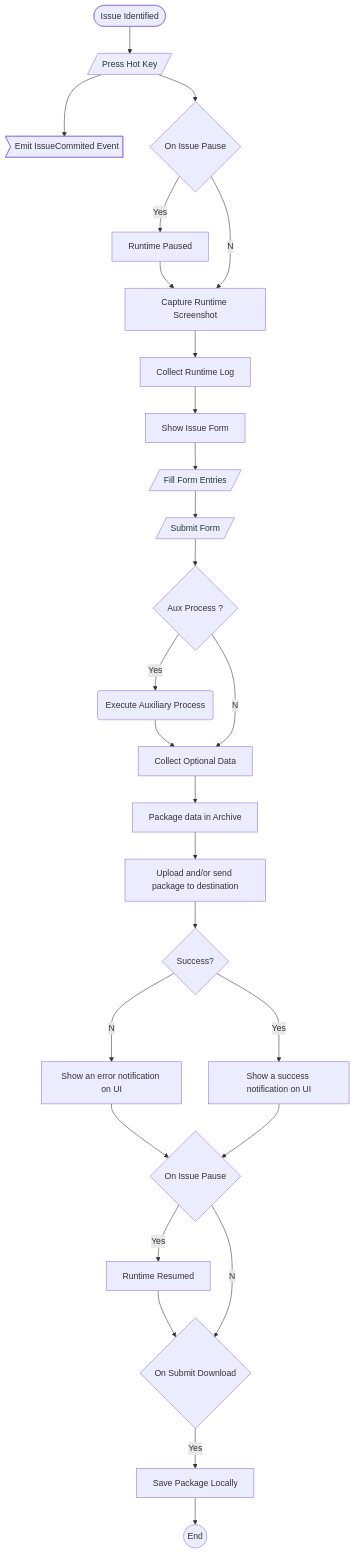
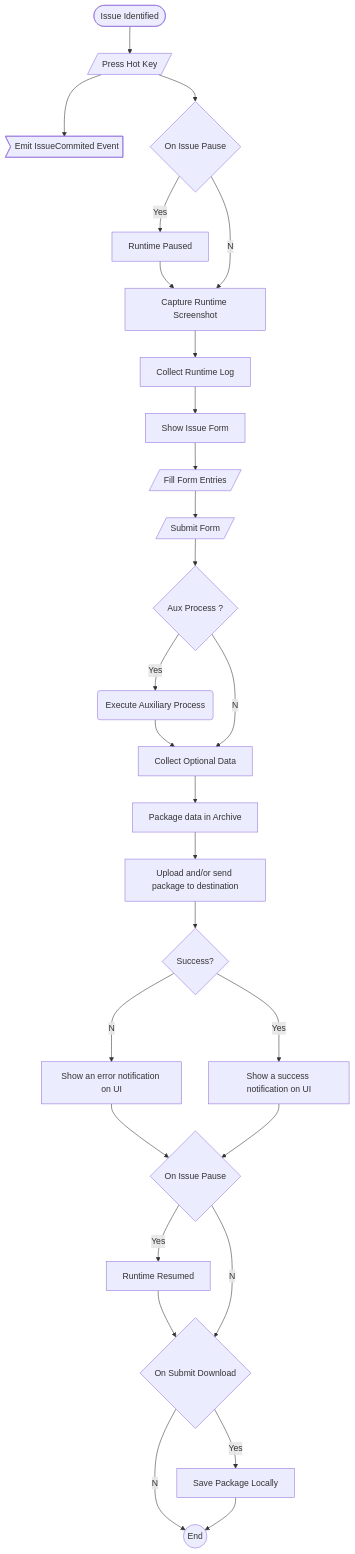
One commit to MaslasBros/betamax changed the fourth of 4 diagrams in README.md. Above: the diagram before and after it, drawn with Mermaid.

````diff
--- a/README.md
+++ b/README.md
@@ -103,43 +103,44 @@
 ```mermaid
 flowchart TD
     strt([Issue Identified])
     act1[/Press Hot Key/]
     evnt2[Runtime Paused]
     evnt3[Capture Runtime Screenshot]
     evnt4[Collect Runtime Log]
     evnt5[Show Issue Form]
     act2[/Fill Form Entries/]
     act3[/Submit Form/]
     evnt6[Package data in Archive]
     evnt7[Upload and/or send package to destination]
     evnt8[Runtime Resumed]
     evnt9[Show a success notification on UI]
     evnt10>Emit IssueCommited Event]
     evnt11(Execute Auxiliary Process)
     evnt12[Collect Optional Data]
     evnt13[Save Package Locally]
     evnt14[Show an error notification on UI]
     nd((End))
     if1{On Issue Pause}
     if2{On Issue Pause}
     if3{Aux Process ?}
     if4{On Submit Download}
     if5{Success?}
 
     strt --> act1 --> if1
     act1 --> evnt10
     if1 --Yes--> evnt2 --> evnt3
     if1 --No--> evnt3
     evnt3 --> evnt4 --> evnt5
     evnt5 --> act2 --> act3 --> if3
     if3 --Yes--> evnt11 --> evnt12
     if3 --No--> evnt12 --> evnt6 --> evnt7 --> if5
     if5 --No--> evnt14
     evnt14 --> if2
     evnt9 --> if2
     if5 --Yes--> evnt9
     if2 --Yes--> evnt8 --> if4
     if2 --No--> if4
     if4 --Yes--> evnt13
+    if4 --No--> nd
     evnt13 --> nd
 ```
````
